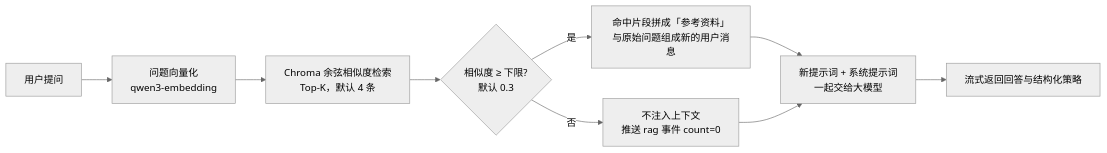
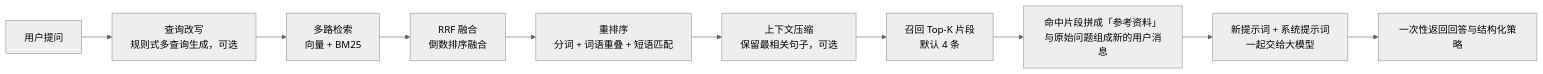
The tenth of 11 diagrams in README.md (Song-Yingji/Iktsuarpok), drawn with Mermaid (neutral theme) before and after one commit. The commit also changed other lines of this file and 13 other files, not shown here.

````diff
--- a/README.md
+++ b/README.md
@@ -445,11 +441,12 @@
 ```mermaid
 flowchart LR
-    A[用户提问] --> B[问题向量化<br/>qwen3-embedding]
-    B --> C[Chroma 余弦相似度检索<br/>Top-K，默认 4 条]
-    C --> D{相似度 ≥ 下限?<br/>默认 0.3}
-    D -- 否 --> E[不注入上下文<br/>推送 rag 事件 count=0]
-    D -- 是 --> F[命中片段拼成「参考资料」<br/>与原始问题组成新的用户消息]
-    F --> G[新提示词 + 系统提示词<br/>一起交给大模型]
-    E --> G
-    G --> H[流式返回回答与结构化策略]
+    A[用户提问] --> B[查询改写<br/>规则式多查询生成，可选]
+    B --> C[多路检索<br/>向量 + BM25]
+    C --> D[RRF 融合<br/>倒数排序融合]
+    D --> E[重排序<br/>分词 + 词语重叠 + 短语匹配]
+    E --> F[上下文压缩<br/>保留最相关句子，可选]
+    F --> G[召回 Top-K 片段<br/>默认 4 条]
+    G --> H[命中片段拼成「参考资料」<br/>与原始问题组成新的用户消息]
+    H --> I[新提示词 + 系统提示词<br/>一起交给大模型]
+    I --> J[一次性返回回答与结构化策略]
 ```
````
